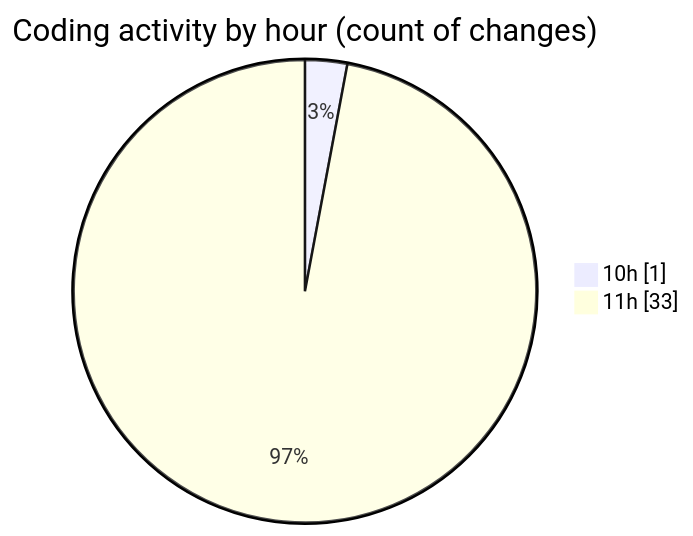
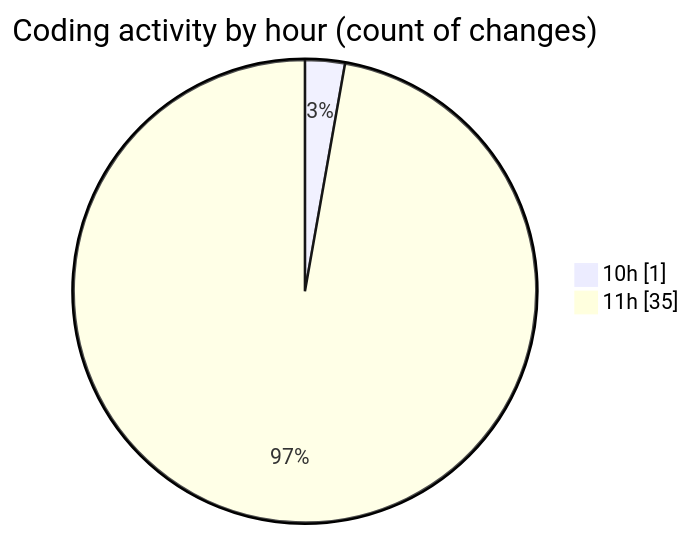
The second of 2 diagrams in 2025-08-03/nxtqube_webapp/README.md (nxtqubesakshisongat/code-tracking), drawn with Mermaid before and after one commit. The commit also changed other lines of this file and 1 other file, not shown here.

````diff
--- a/2025-08-03/nxtqube_webapp/README.md
+++ b/2025-08-03/nxtqube_webapp/README.md
@@ -35,6 +36,6 @@
 ```mermaid
 pie showData
 title Coding activity by hour (count of changes)
 "10h" : 1
-"11h" : 33
+"11h" : 35
 ```
````
